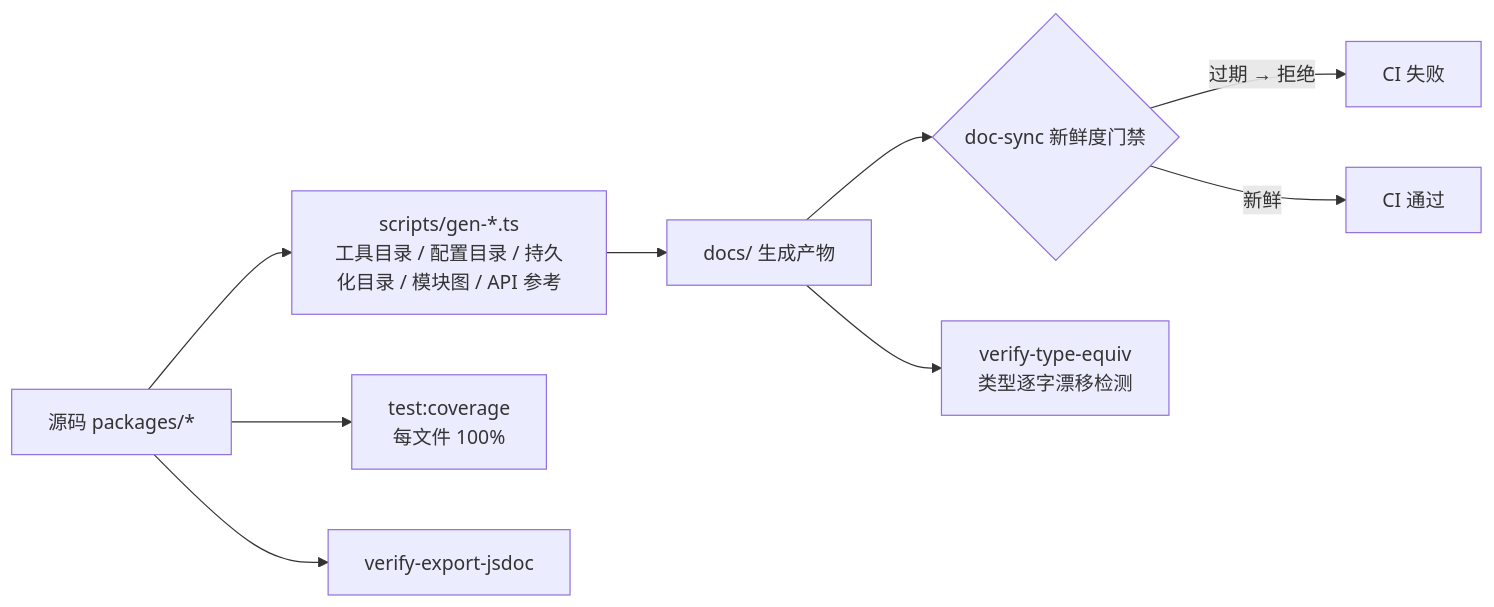
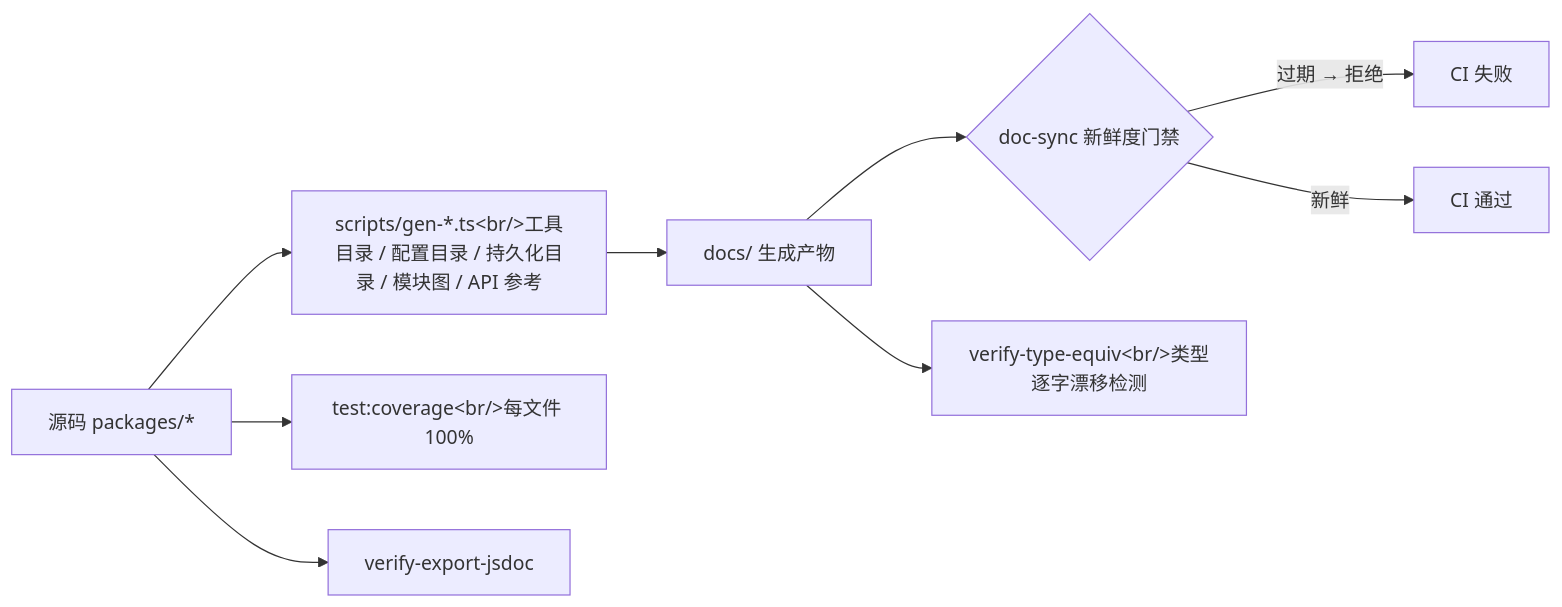
The ninth of 9 diagrams in docs/report/02-architecture.md (ZZKeepCurious/mini-deepseek-harness-python), drawn with Mermaid before and after one commit. The commit also changed other lines of this file and 27 other files, not shown here.

````diff
--- a/docs/report/02-architecture.md
+++ b/docs/report/02-architecture.md
@@ -307,13 +307,13 @@
 ```mermaid
 flowchart LR
   SRC["源码 packages/*"]
-  GEN["scripts/gen-*.ts<br/>工具目录 / 配置目录 / 持久化目录 / 模块图 / API 参考"]
+  GEN["scripts/gen-*.ts&lt;br/&gt;工具目录 / 配置目录 / 持久化目录 / 模块图 / API 参考"]
   DOC["docs/ 生成产物"]
   GATE{"doc-sync 新鲜度门禁"}
   SRC --> GEN --> DOC --> GATE
   GATE -->|"过期 → 拒绝"| FAIL["CI 失败"]
   GATE -->|"新鲜"| OK["CI 通过"]
-  SRC --> COV["test:coverage<br/>每文件 100%"]
-  DOC --> TV["verify-type-equiv<br/>类型逐字漂移检测"]
+  SRC --> COV["test:coverage&lt;br/&gt;每文件 100%"]
+  DOC --> TV["verify-type-equiv&lt;br/&gt;类型逐字漂移检测"]
   SRC --> JSDOC["verify-export-jsdoc"]
 ```
````
